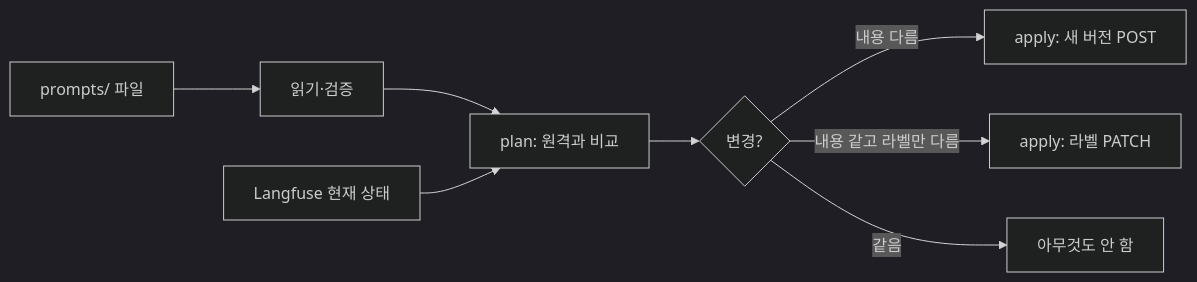
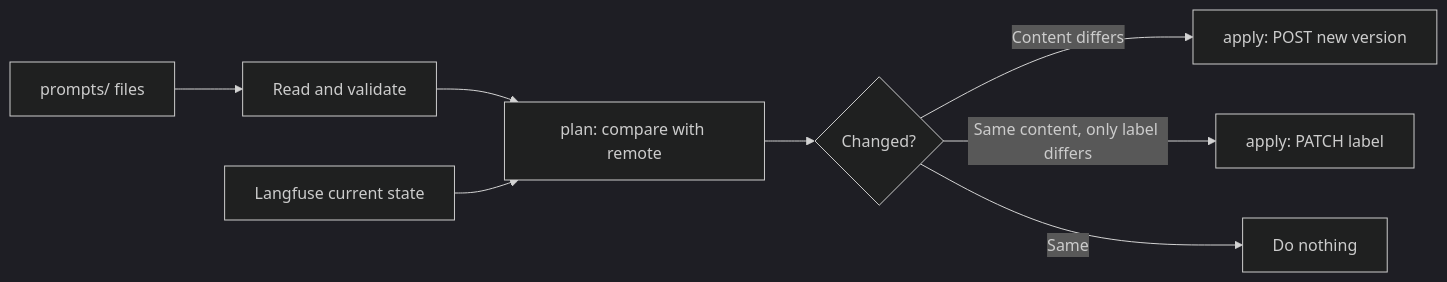
The diagram in README.md (LeeGyeongPil/promptplan), drawn with Mermaid (dark theme) before and after one commit. The commit also changed other lines of this file and 2 other files, not shown here.

````diff
--- a/README.md
+++ b/README.md
@@ -195,10 +193,10 @@
 ```mermaid
 flowchart LR
-  F["prompts/ 파일"] --> L["읽기·검증"]
-  L --> P["plan: 원격과 비교"]
-  R["Langfuse 현재 상태"] --> P
-  P --> D{"변경?"}
-  D -- "내용 다름" --> N["apply: 새 버전 POST"]
-  D -- "내용 같고 라벨만 다름" --> M["apply: 라벨 PATCH"]
-  D -- "같음" --> S["아무것도 안 함"]
+  F["prompts/ files"] --> L["Read and validate"]
+  L --> P["plan: compare with remote"]
+  R["Langfuse current state"] --> P
+  P --> D{"Changed?"}
+  D -- "Content differs" --> N["apply: POST new version"]
+  D -- "Same content, only label differs" --> M["apply: PATCH label"]
+  D -- "Same" --> S["Do nothing"]
 ```
````
